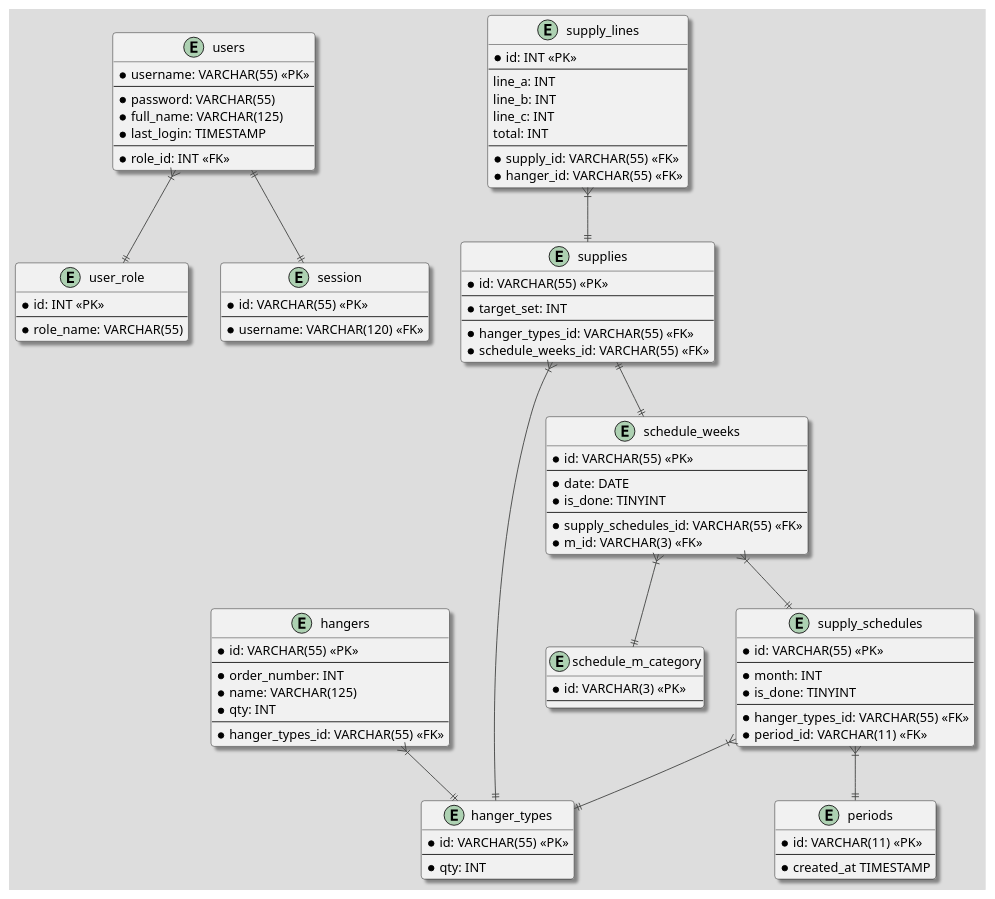
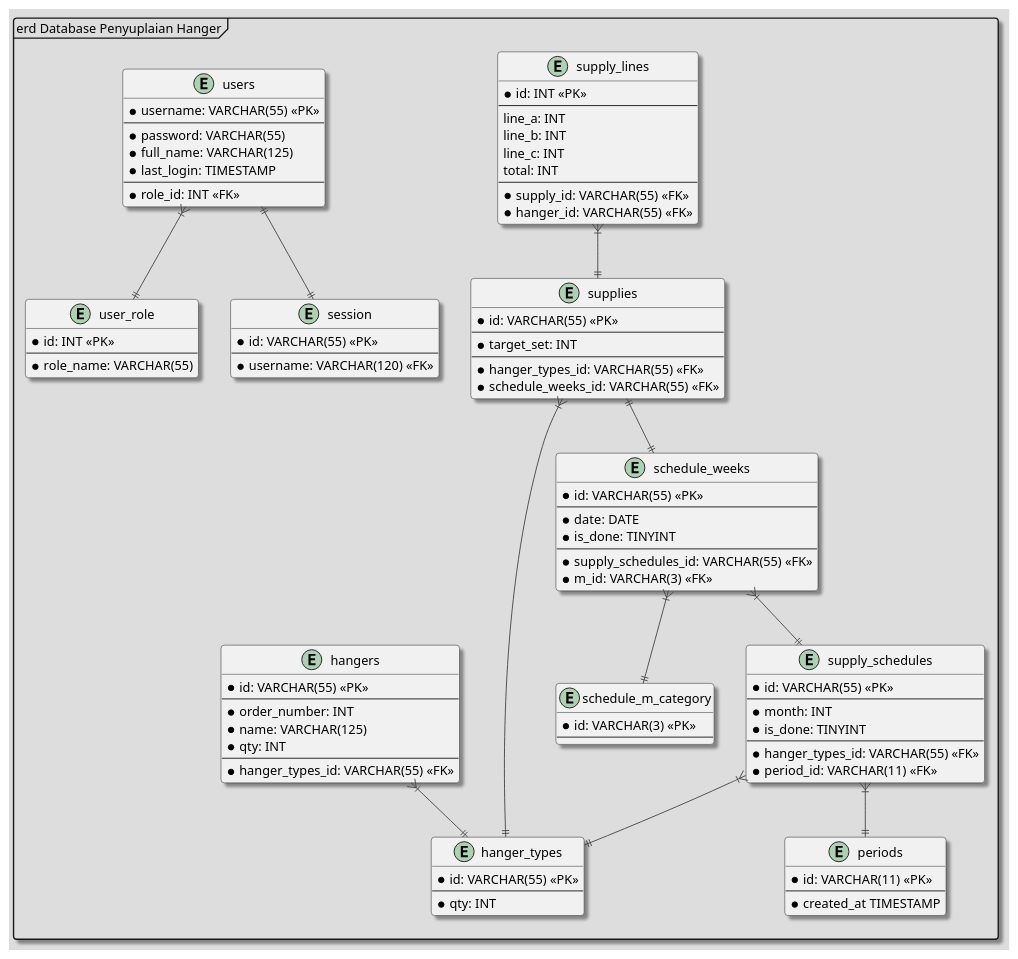
The diagram in Diagrams/EntityRelationshipDiagram.puml (marlisumarli/hanger-scheduling), drawn with PlantUML before and after one commit. The commit also changed 19 other files, not shown here.

```diff
--- a/Diagrams/EntityRelationshipDiagram.puml
+++ b/Diagrams/EntityRelationshipDiagram.puml
@@ -1,107 +1,108 @@
 @startuml
 
 !theme toy
 skinparam shadowing true
+mainframe erd Database Penyuplaian Hanger
 
 entity users {
 * username: VARCHAR(55) <<PK>>
 --
 * password: VARCHAR(55)
 * full_name: VARCHAR(125)
 * last_login: TIMESTAMP
 --
 * role_id: INT <<FK>>
 }
 
 entity user_role {
 * id: INT <<PK>>
 --
 * role_name: VARCHAR(55)
 }
 
 entity session {
 * id: VARCHAR(55) <<PK>>
 --
 * username: VARCHAR(120) <<FK>>
 }
 
 entity hanger_types {
 * id: VARCHAR(55) <<PK>>
 --
 * qty: INT
 }
 
 entity hangers {
 * id: VARCHAR(55) <<PK>>
 --
 * order_number: INT
 * name: VARCHAR(125)
 * qty: INT
 --
 * hanger_types_id: VARCHAR(55) <<FK>>
 }
 
 entity periods {
 * id: VARCHAR(11) <<PK>>
 --
 * created_at TIMESTAMP
 }
 
 entity schedule_m_category {
 * id: VARCHAR(3) <<PK>>
 --
 }
 
 entity supply_schedules {
 * id: VARCHAR(55) <<PK>>
 --
 * month: INT
 * is_done: TINYINT
 --
 * hanger_types_id: VARCHAR(55) <<FK>>
 * period_id: VARCHAR(11) <<FK>>
 }
 
 entity schedule_weeks {
 * id: VARCHAR(55) <<PK>>
 --
 * date: DATE
 * is_done: TINYINT
 --
 * supply_schedules_id: VARCHAR(55) <<FK>>
 * m_id: VARCHAR(3) <<FK>>
 }
 
 entity supplies {
 * id: VARCHAR(55) <<PK>>
 --
 * target_set: INT
 --
 * hanger_types_id: VARCHAR(55) <<FK>>
 * schedule_weeks_id: VARCHAR(55) <<FK>>
 }
 
 entity supply_lines {
 * id: INT <<PK>>
 --
 line_a: INT
 line_b: INT
 line_c: INT
 total: INT
 --
 * supply_id: VARCHAR(55) <<FK>>
 * hanger_id: VARCHAR(55) <<FK>>
 }
 
 users}|--||user_role
 users||--||session
 hangers}|--||hanger_types
 supply_schedules}|--||periods
 supply_schedules}|--||hanger_types
 schedule_weeks}|--||schedule_m_category
 schedule_weeks}|--||supply_schedules
 supplies}|--||hanger_types
 supplies||--||schedule_weeks
 supply_lines}|--||supplies
 
 @enduml
```
